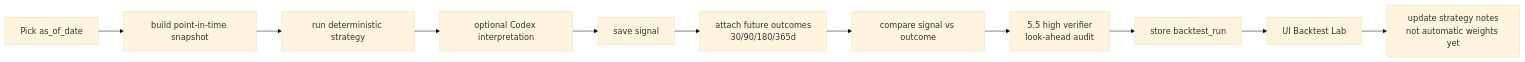
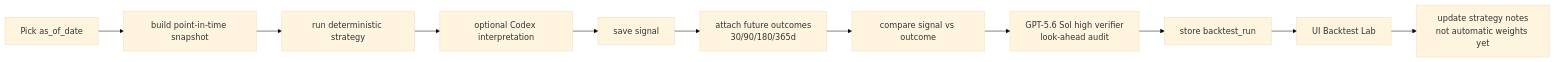
Before and after one commit to j-gulinski/stocks-analysis: the eighth of 11 diagrams in docs/plan-stage-codex-pivot.md, drawn with Mermaid (base theme). The commit also changed other lines of this file and 23 other files, not shown here.

Commit message:
Align ESPI watermark work with execution roadmap

````diff
--- a/docs/plan-stage-codex-pivot.md
+++ b/docs/plan-stage-codex-pivot.md
@@ -469,13 +473,13 @@
 ```mermaid
 flowchart LR
     A[Pick as_of_date] --> B[build point-in-time snapshot]
     B --> C[run deterministic strategy]
     C --> D[optional Codex interpretation]
     D --> E[save signal]
     E --> F[attach future outcomes\n30/90/180/365d]
     F --> G[compare signal vs outcome]
-    G --> H[5.5 high verifier\nlook-ahead audit]
+    G --> H[GPT-5.6 Sol high verifier\nlook-ahead audit]
     H --> I[store backtest_run]
     I --> J[UI Backtest Lab]
     J --> K[update strategy notes\nnot automatic weights yet]
 ```
````
